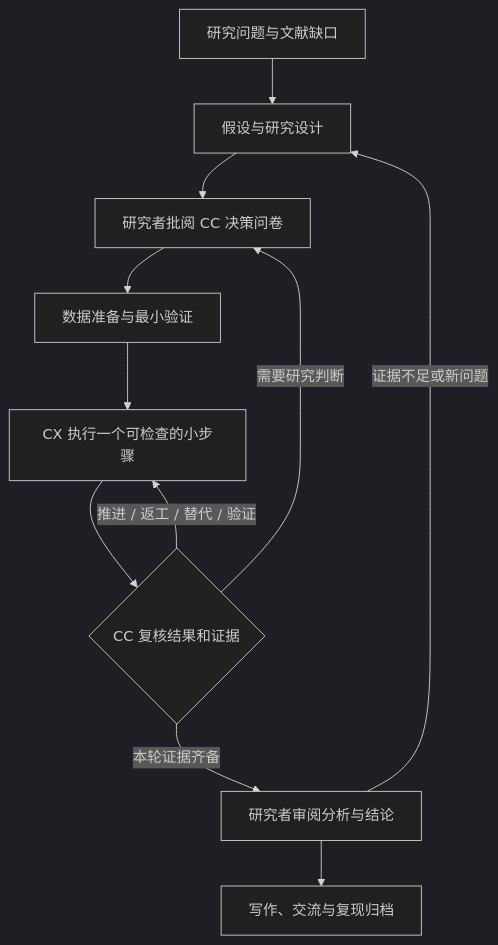
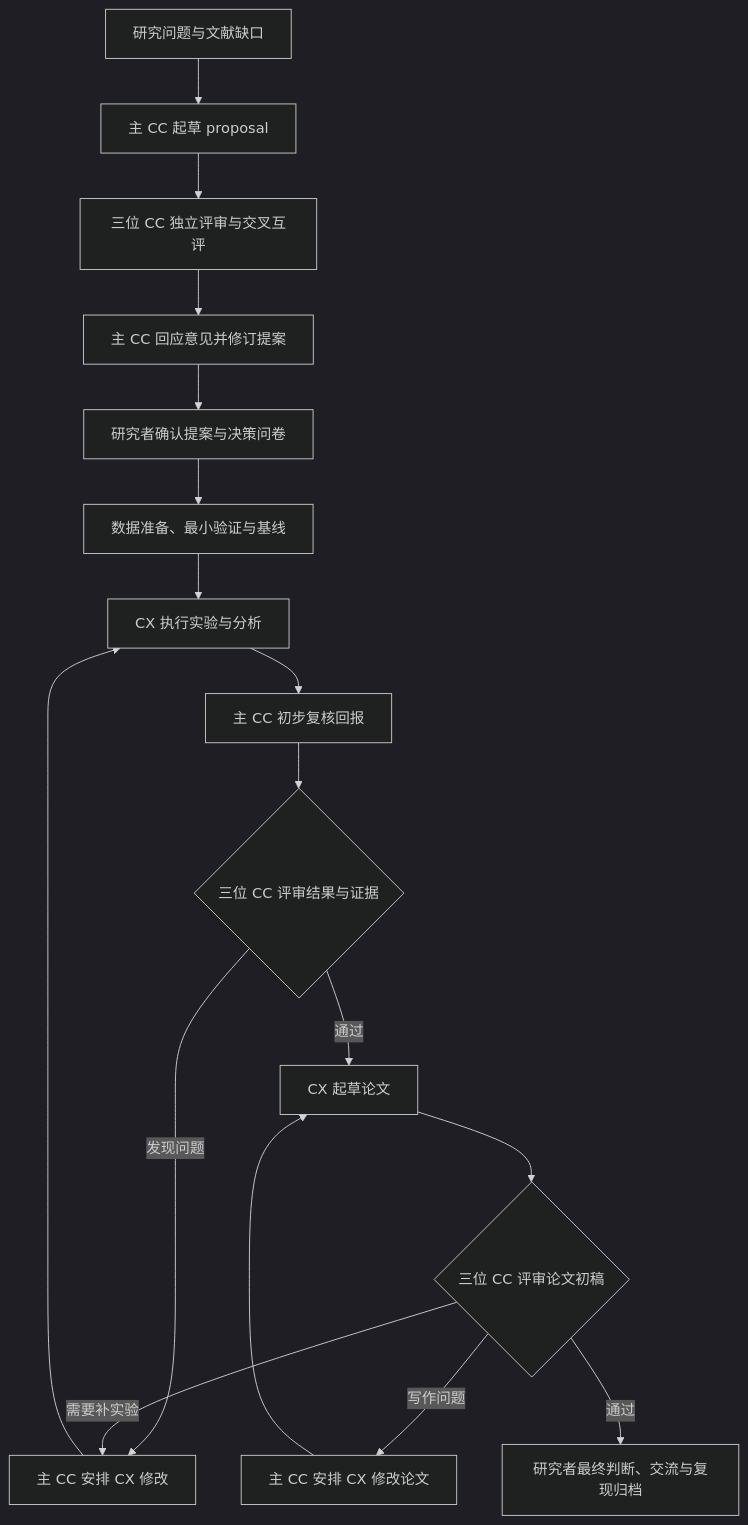
The diagram in README.md (Hbw1201/research-niuma), drawn with Mermaid (dark theme) before and after one commit. The commit also changed other lines of this file and 35 other files, not shown here.

````diff
--- a/README.md
+++ b/README.md
@@ -60,13 +61,19 @@
 ```mermaid
 flowchart TD
-  Q[研究问题与文献缺口] --> D[假设与研究设计]
-  D --> H[研究者批阅 CC 决策问卷]
-  H --> P[数据准备与最小验证]
-  P --> X[CX 执行一个可检查的小步骤]
-  X --> C{CC 复核结果和证据}
-  C -->|推进 / 返工 / 替代 / 验证| X
-  C -->|需要研究判断| H
-  C -->|本轮证据齐备| A[研究者审阅分析与结论]
-  A --> W[写作、交流与复现归档]
-  A -->|证据不足或新问题| D
+  Q[研究问题与文献缺口] --> D[主 CC 起草 proposal]
+  D --> C[三位 CC 独立评审与交叉互评]
+  C --> R[主 CC 回应意见并修订提案]
+  R --> H[研究者确认提案与决策问卷]
+  H --> P[数据准备、最小验证与基线]
+  P --> X[CX 执行实验与分析]
+  X --> F[主 CC 初步复核回报]
+  F --> E{三位 CC 评审结果与证据}
+  E -->|发现问题| A[主 CC 安排 CX 修改]
+  A --> X
+  E -->|通过| W[CX 起草论文]
+  W --> M{三位 CC 评审论文初稿}
+  M -->|写作问题| V[主 CC 安排 CX 修改论文]
+  V --> W
+  M -->|需要补实验| A
+  M -->|通过| U[研究者最终判断、交流与复现归档]
 ```
````
